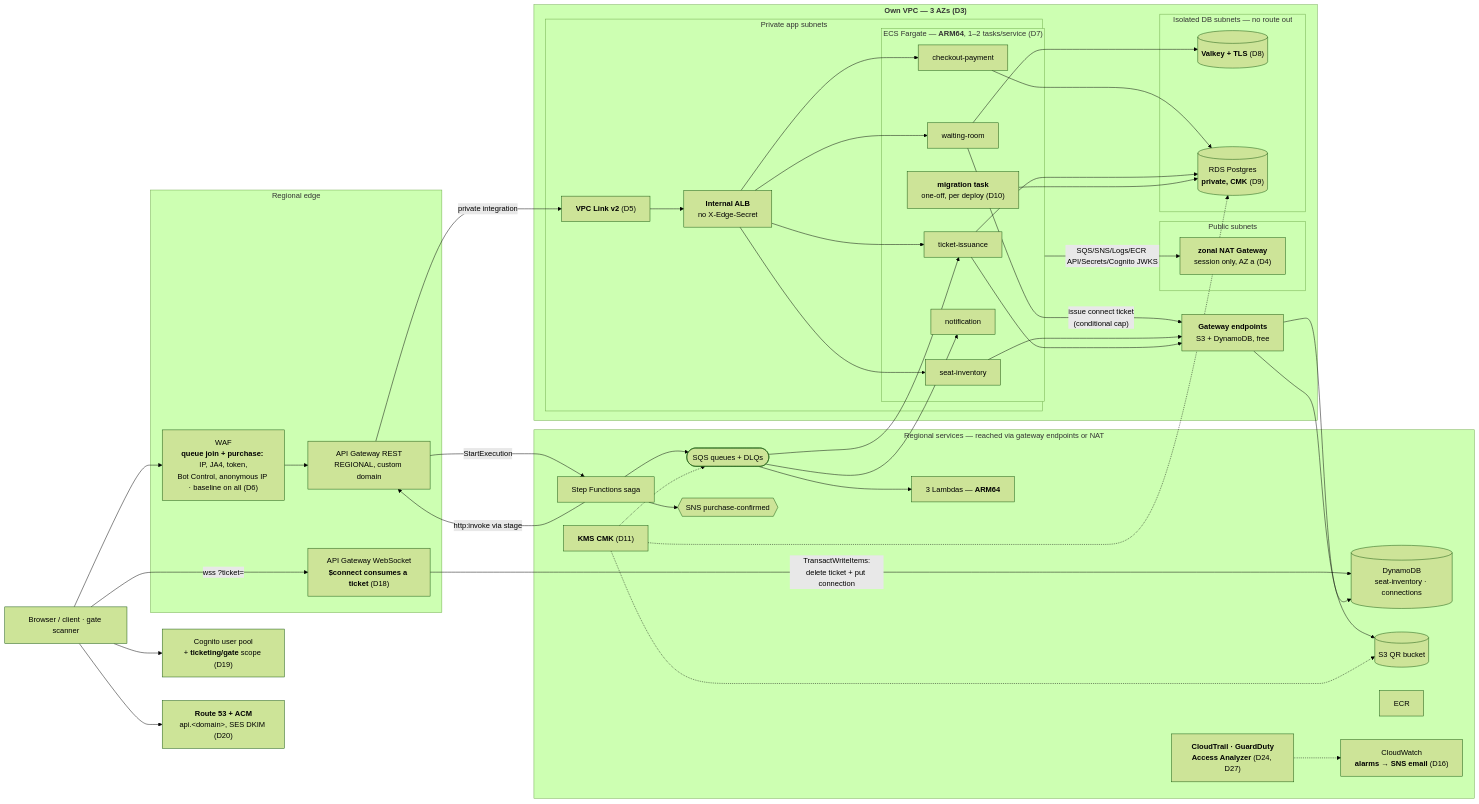
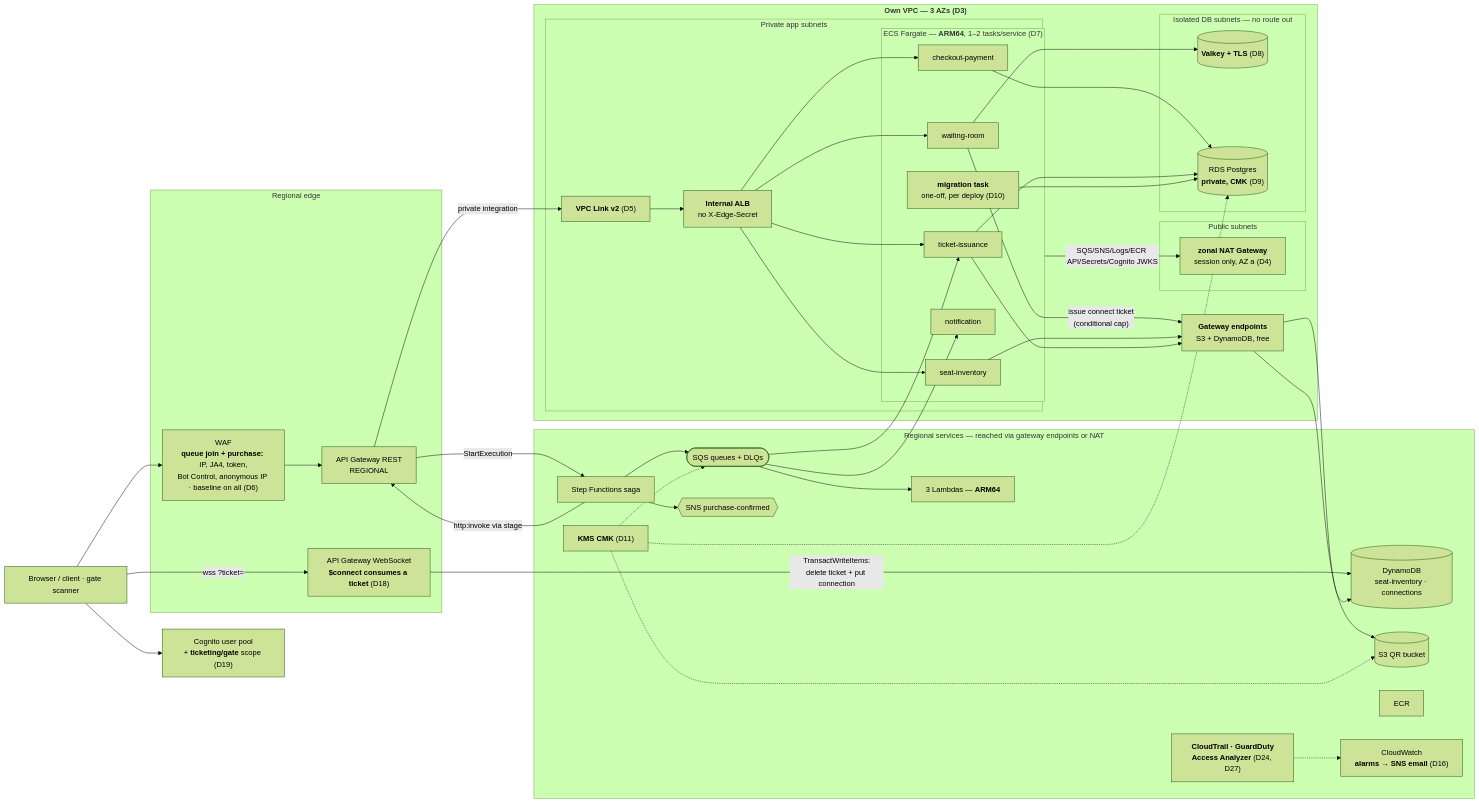
The first of 3 diagrams in docs/phase2-plan.md (daliborjelicanin/ticket-waiting-room-aws), drawn with Mermaid (forest theme) before and after one commit. The commit also changed other lines of this file and 44 other files, not shown here.

````diff
--- a/docs/phase2-plan.md
+++ b/docs/phase2-plan.md
@@ -46,66 +46,64 @@
 ```mermaid
 flowchart LR
     Browser["Browser / client · gate scanner"]
     COG["Cognito user pool<br/>+ <b>ticketing/gate</b> scope (D19)"]
-    R53["<b>Route 53 + ACM</b><br/>api.&lt;domain&gt;, SES DKIM (D20)"]
 
     subgraph edge["Regional edge"]
         WAF["WAF<br/><b>queue join + purchase:</b> IP, JA4, token,<br/>Bot Control, anonymous IP · baseline on all (D6)"]
-        APIGW["API Gateway REST<br/>REGIONAL, custom domain"]
+        APIGW["API Gateway REST<br/>REGIONAL"]
         WSAPI["API Gateway WebSocket<br/><b>$connect consumes a ticket</b> (D18)"]
     end
 
     subgraph vpc["<b>Own VPC — 3 AZs (D3)</b>"]
         subgraph pub["Public subnets"]
             NAT["<b>zonal NAT Gateway</b><br/>session only, AZ a (D4)"]
         end
         subgraph app["Private app subnets"]
             VPCL["<b>VPC Link v2</b> (D5)"]
             ALB["<b>Internal ALB</b><br/>no X-Edge-Secret"]
             subgraph ecs["ECS Fargate — <b>ARM64</b>, 1–2 tasks/service (D7)"]
                 WR["waiting-room"]
                 SI["seat-inventory"]
                 CP["checkout-payment"]
                 TI["ticket-issuance"]
                 NS["notification"]
                 MIG["<b>migration task</b><br/>one-off, per deploy (D10)"]
             end
         end
         subgraph iso["Isolated DB subnets — no route out"]
             REDIS[("<b>Valkey + TLS</b> (D8)")]
             PG[("RDS Postgres<br/><b>private, CMK</b> (D9)")]
         end
         GWE["<b>Gateway endpoints</b><br/>S3 + DynamoDB, free"]
     end
 
     subgraph regional["Regional services — reached via gateway endpoints or NAT"]
         DDB[("DynamoDB<br/>seat-inventory · connections")]
         S3[("S3 QR bucket")]
         SQS(["SQS queues + DLQs"])
         SNS{{"SNS purchase-confirmed"}}
         SFN["Step Functions saga"]
         LAMBDA["3 Lambdas — <b>ARM64</b>"]
         ECR["ECR"]
         KMS["<b>KMS CMK</b> (D11)"]
         CW["CloudWatch<br/><b>alarms → SNS email</b> (D16)"]
         AUD["<b>CloudTrail · GuardDuty<br/>Access Analyzer</b> (D24, D27)"]
     end
 
     Browser --> COG
-    Browser --> R53
     Browser --> WAF --> APIGW
     Browser -->|"wss ?ticket="| WSAPI -->|"TransactWriteItems:<br/>delete ticket + put connection"| DDB
     WR -->|"issue connect ticket<br/>(conditional cap)"| GWE
     APIGW -->|"private integration"| VPCL --> ALB --> WR & SI & CP & TI
     APIGW -->|"StartExecution"| SFN -->|"http:invoke via stage"| APIGW
     WR --> REDIS
     SI --> GWE --> DDB
     CP & TI --> PG
     MIG --> PG
     TI --> GWE --> S3
     ecs -->|"SQS/SNS/Logs/ECR API/Secrets/Cognito JWKS"| NAT
     SFN --> SQS & SNS
     SQS --> TI & NS & LAMBDA
     KMS -.-> PG & S3 & SQS
     AUD -.-> CW
 ```
````
